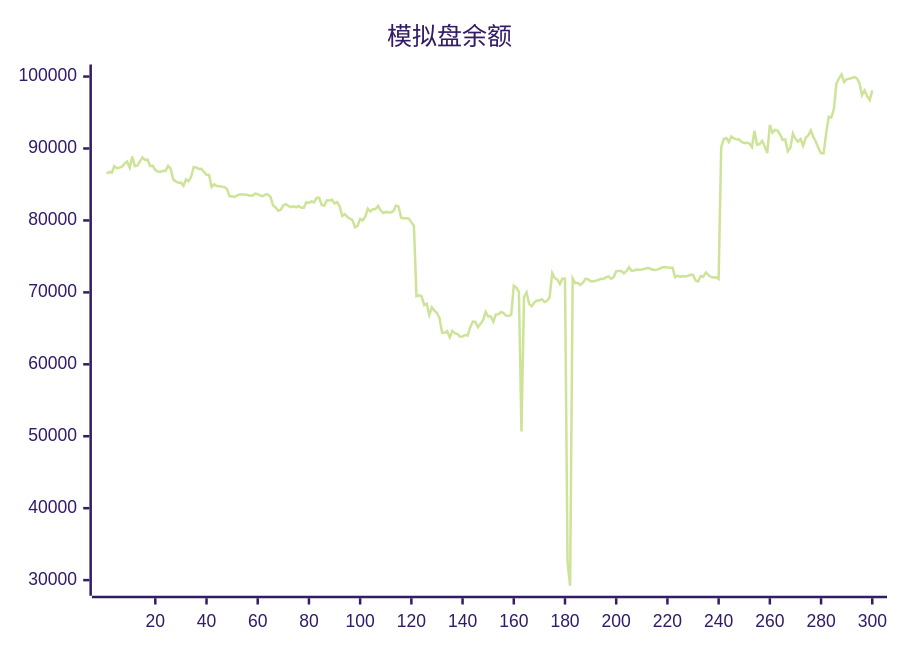
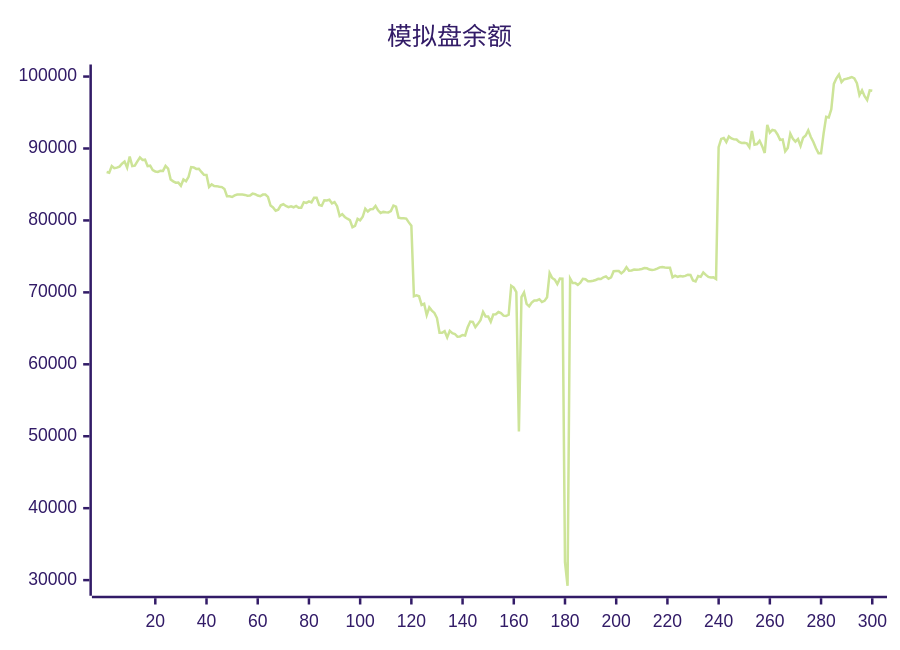
The diagram in README.md (aahl/ai-trading), drawn with Mermaid (forest theme) before and after one commit. The commit also changed other lines of this file and 1 other file, not shown here.

````diff
--- a/README.md
+++ b/README.md
@@ -5,5 +5,5 @@
 ```mermaid
 xychart
     title "模拟盘余额"
-    line [86526,86740,86630,87563,87264,87335,87483,87886,88180,87335,88894,87544,87608,88207,88755,88401,88444,87543,87608,87000,86810,86740,86894,86884,87576,87209,85686,85435,85251,85255,84820,85689,85453,86066,87420,87373,87161,87178,86740,86341,86315,84643,85012,84772,84768,84690,84635,84376,83360,83357,83259,83474,83608,83606,83602,83548,83440,83454,83724,83644,83464,83365,83590,83592,83275,82072,81806,81344,81492,82109,82254,82006,81848,81955,81829,82022,81769,81776,82522,82441,82656,82498,83144,83144,82150,82038,82797,82763,82872,82367,82536,81981,80612,80862,80484,80242,80034,79063,79245,80226,80016,80507,81625,81233,81544,81578,82016,81401,81019,81186,81130,81118,81306,82066,81909,80392,80304,80291,80258,79729,79261,69466,69579,69456,68251,68415,66832,67911,67462,67144,66432,64380,64375,64606,63740,64647,64324,64216,63842,63877,64078,64008,65156,65945,65888,65157,65625,66144,67284,66653,66639,65924,66925,66956,67263,67108,66766,66729,66886,70927,70673,70049,50652,69334,69973,68400,68061,68578,68876,68879,69055,68662,68822,69329,72687,71999,71760,71162,71911,71896,32500,29218,71927,71297,71305,71044,71337,71883,71822,71536,71536,71622,71723,71880,71860,72100,72216,71887,72077,72940,72976,72966,72638,72948,73497,73004,73041,73173,73160,73186,73258,73375,73351,73173,73098,73161,73305,73474,73536,73457,73413,73412,72100,72333,72164,72272,72204,72285,72461,72421,71652,71521,72267,72157,72774,72424,72144,72060,72091,71858,90185,91338,91466,90900,91678,91404,91268,91244,90903,90779,90787,90721,90187,92429,90518,90619,91070,90328,89376,93286,92202,92581,92485,91947,91196,91259,89619,90086,92063,91355,90950,91327,90373,91498,91800,92531,91603,90910,90031,89351,89334,92097,94406,94315,95455,98972,99763,100286,99229,99622,99701,99805,99938,99738,99082,97430,98094,97267,96741,98081]
+    line [86740,86630,87563,87264,87335,87483,87886,88180,87335,88894,87544,87608,88207,88755,88401,88444,87543,87608,87000,86810,86740,86894,86884,87576,87209,85686,85435,85251,85255,84820,85689,85453,86066,87420,87373,87161,87178,86740,86341,86315,84643,85012,84772,84768,84690,84635,84376,83360,83357,83259,83474,83608,83606,83602,83548,83440,83454,83724,83644,83464,83365,83590,83592,83275,82072,81806,81344,81492,82109,82254,82006,81848,81955,81829,82022,81769,81776,82522,82441,82656,82498,83144,83144,82150,82038,82797,82763,82872,82367,82536,81981,80612,80862,80484,80242,80034,79063,79245,80226,80016,80507,81625,81233,81544,81578,82016,81401,81019,81186,81130,81118,81306,82066,81909,80392,80304,80291,80258,79729,79261,69466,69579,69456,68251,68415,66832,67911,67462,67144,66432,64380,64375,64606,63740,64647,64324,64216,63842,63877,64078,64008,65156,65945,65888,65157,65625,66144,67284,66653,66639,65924,66925,66956,67263,67108,66766,66729,66886,70927,70673,70049,50652,69334,69973,68400,68061,68578,68876,68879,69055,68662,68822,69329,72687,71999,71760,71162,71911,71896,32500,29218,71927,71297,71305,71044,71337,71883,71822,71536,71536,71622,71723,71880,71860,72100,72216,71887,72077,72940,72976,72966,72638,72948,73497,73004,73041,73173,73160,73186,73258,73375,73351,73173,73098,73161,73305,73474,73536,73457,73413,73412,72100,72333,72164,72272,72204,72285,72461,72421,71652,71521,72267,72157,72774,72424,72144,72060,72091,71858,90185,91338,91466,90900,91678,91404,91268,91244,90903,90779,90787,90721,90187,92429,90518,90619,91070,90328,89376,93286,92202,92581,92485,91947,91196,91259,89619,90086,92063,91355,90950,91327,90373,91498,91800,92531,91603,90910,90031,89351,89334,92097,94406,94315,95455,98972,99763,100286,99229,99622,99701,99805,99938,99738,99082,97430,98094,97267,96741,98081,98013]
 ```
````
